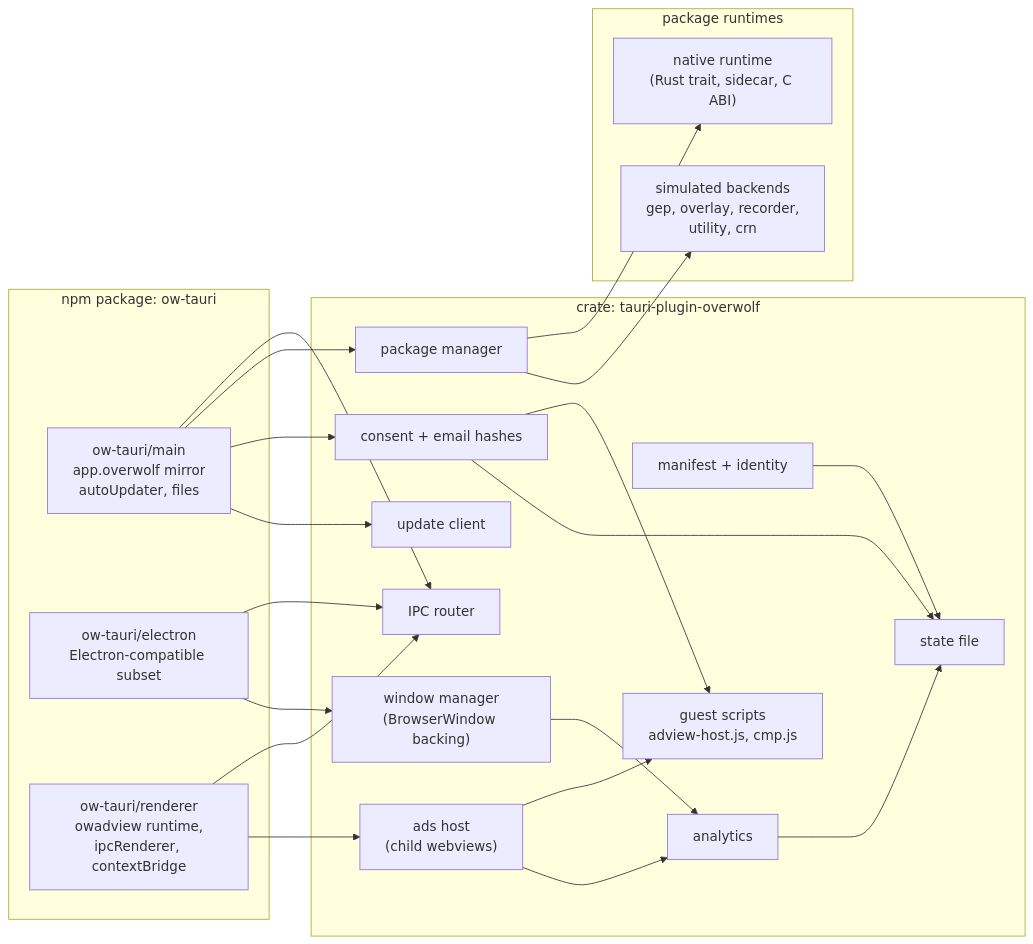
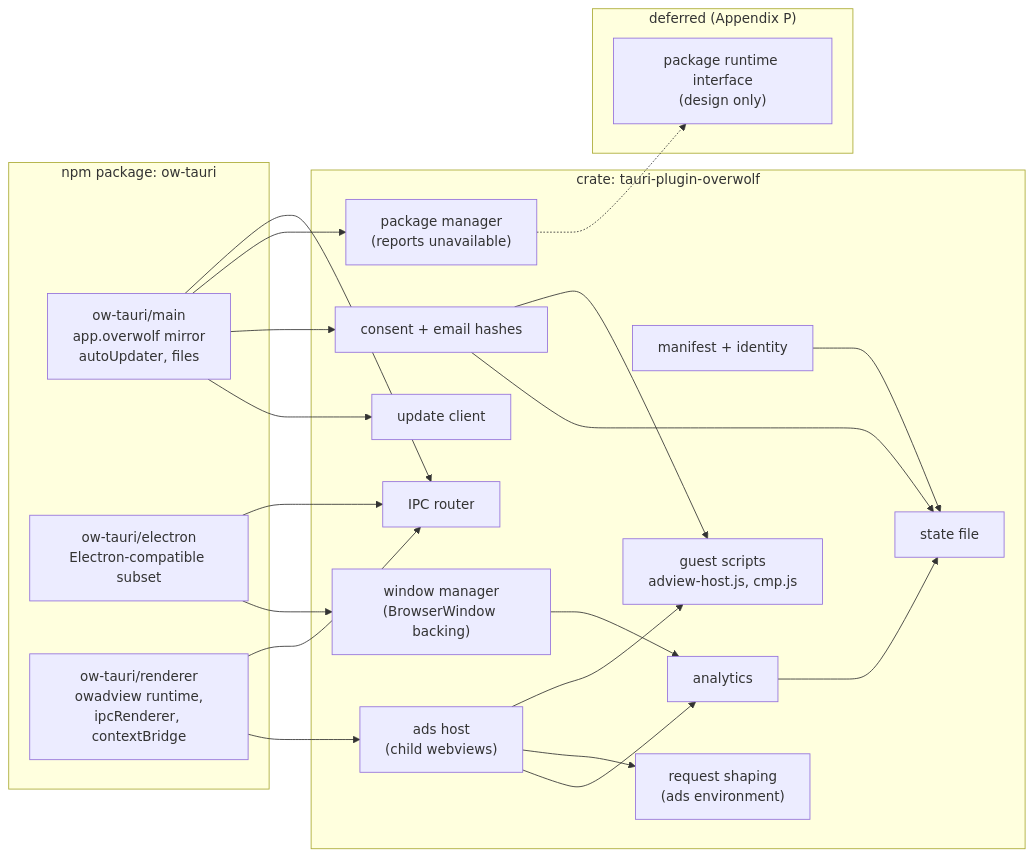
Before and after one commit to AlloryDante/ow-tauri: the first of 9 diagrams in docs/ARCHITECTURE.md, drawn with Mermaid. The commit also changed other lines of this file and 3 other files, not shown here.

First line of the commit message:
docs: align architecture, port map, README and changelog with the parity contract

````diff
--- a/docs/ARCHITECTURE.md
+++ b/docs/ARCHITECTURE.md
@@ -46,41 +57,41 @@
 ```mermaid
 flowchart LR
   subgraph JS["npm package: ow-tauri"]
     M["ow-tauri/main<br/>app.overwolf mirror<br/>autoUpdater, files"]
     E["ow-tauri/electron<br/>Electron-compatible subset"]
     R["ow-tauri/renderer<br/>owadview runtime,<br/>ipcRenderer, contextBridge"]
   end
   subgraph RS["crate: tauri-plugin-overwolf"]
     MAN["manifest + identity"]
     ST["state file"]
     IPC["IPC router"]
     WIN["window manager<br/>(BrowserWindow backing)"]
     ADS["ads host<br/>(child webviews)"]
     CMP["consent + email hashes"]
     AN["analytics"]
-    PKG["package manager"]
+    PKG["package manager<br/>(reports unavailable)"]
     UPD["update client"]
     GUEST["guest scripts<br/>adview-host.js, cmp.js"]
+    SHAPE["request shaping<br/>(ads environment)"]
   end
-  subgraph RT["package runtimes"]
-    NAT["native runtime<br/>(Rust trait, sidecar, C ABI)"]
-    SIM["simulated backends<br/>gep, overlay, recorder,<br/>utility, crn"]
+  subgraph RT["deferred (Appendix P)"]
+    NAT["package runtime interface<br/>(design only)"]
   end
   M --> IPC
   E --> IPC
   E --> WIN
   R --> IPC
   R --> ADS
   M --> PKG
   M --> CMP
   M --> UPD
   ADS --> GUEST
   CMP --> GUEST
-  PKG --> NAT
-  PKG --> SIM
+  ADS --> SHAPE
+  PKG -.-> NAT
   ADS --> AN
   WIN --> AN
   MAN --> ST
   CMP --> ST
   AN --> ST
 ```
````
